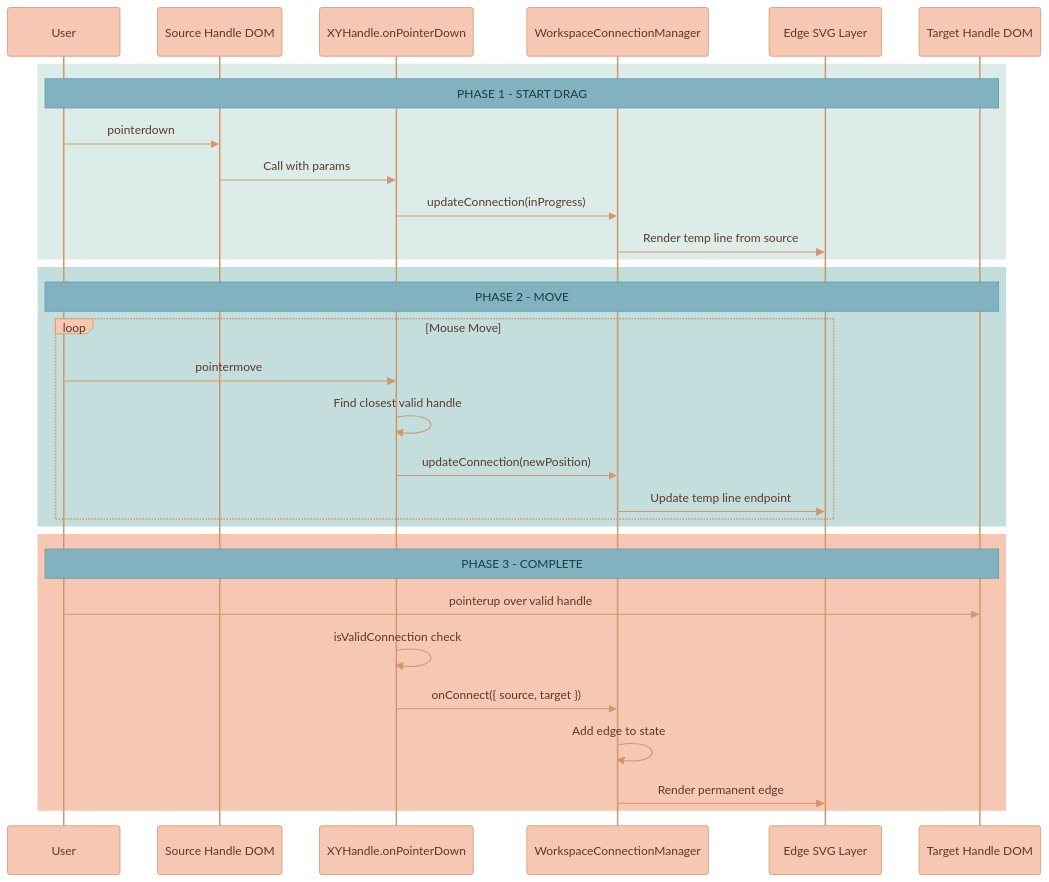
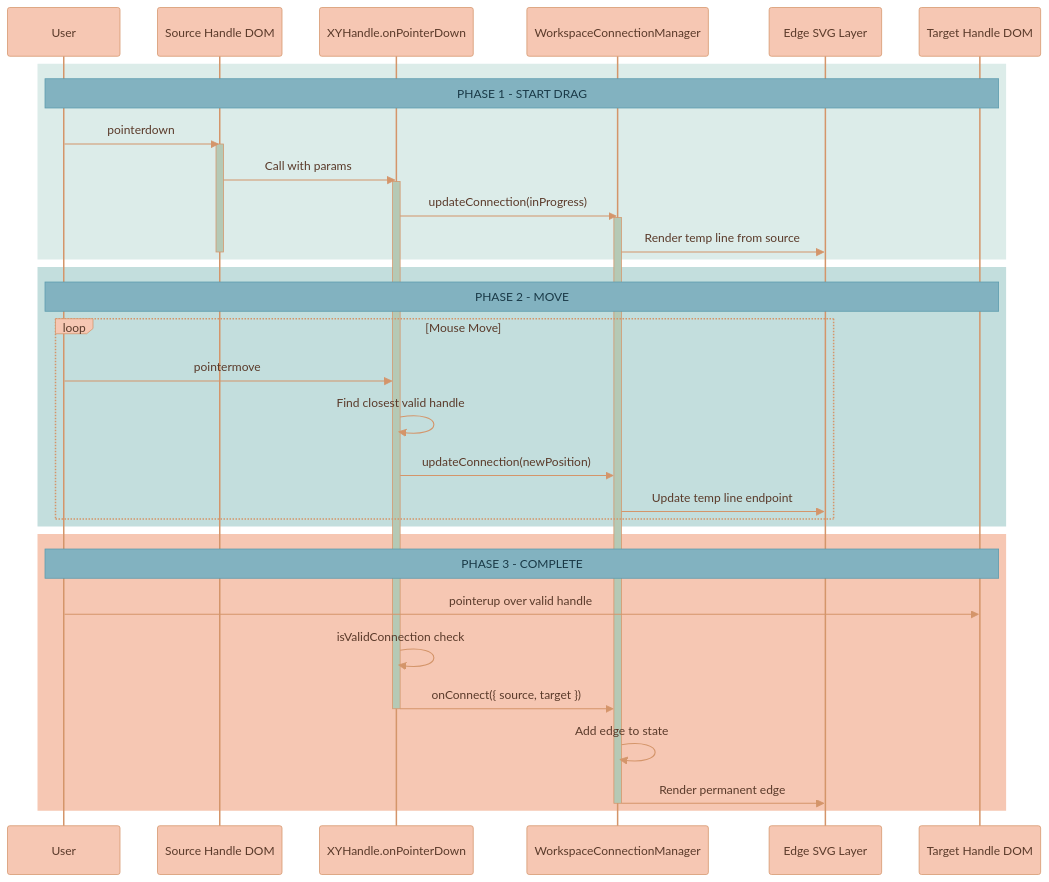
Diagram 12 of 17 in documentation/features/WORKSPACE-FEATURE.md (Lixpi/lixpi), drawn with Mermaid before and after one commit. The commit also changed other lines of this file and 5 other files, not shown here.

````diff
--- a/documentation/features/WORKSPACE-FEATURE.md
+++ b/documentation/features/WORKSPACE-FEATURE.md
@@ -734,45 +772,51 @@
 ```mermaid
-%%{init: {'theme': 'base', 'themeVariables': { 'noteBkgColor': '#82B2C0', 'noteTextColor': '#1a3a47', 'noteBorderColor': '#5a9aad', 'actorBkg': '#F6C7B3', 'actorBorder': '#d4956a', 'actorTextColor': '#5a3a2a', 'actorLineColor': '#d4956a', 'signalColor': '#d4956a', 'signalTextColor': '#5a3a2a', 'labelBoxBkgColor': '#F6C7B3', 'labelBoxBorderColor': '#d4956a', 'labelTextColor': '#5a3a2a', 'loopTextColor': '#5a3a2a', 'activationBorderColor': '#d4956a', 'activationBkgColor': '#C3DEDD', 'sequenceNumberColor': '#5a3a2a'}}}%%
+%%{init: {'theme': 'base', 'themeVariables': { 'noteBkgColor': '#82B2C0', 'noteTextColor': '#1a3a47', 'noteBorderColor': '#5a9aad', 'actorBkg': '#F6C7B3', 'actorBorder': '#d4956a', 'actorTextColor': '#5a3a2a', 'actorLineColor': '#d4956a', 'signalColor': '#d4956a', 'signalTextColor': '#5a3a2a', 'labelBoxBkgColor': '#F6C7B3', 'labelBoxBorderColor': '#d4956a', 'labelTextColor': '#5a3a2a', 'loopTextColor': '#5a3a2a', 'activationBorderColor': '#d4956a', 'activationBkgColor': '#B5C9B5', 'sequenceNumberColor': '#5a3a2a'}}}%%
 sequenceDiagram
     participant User
     participant Handle as Source Handle DOM
     participant XYH as XYHandle.onPointerDown
     participant WCM as WorkspaceConnectionManager
     participant SVG as Edge SVG Layer
     participant Target as Target Handle DOM
     %% ═══════════════════════════════════════════════════════════════
     %% PHASE 1: START DRAG
     %% ═══════════════════════════════════════════════════════════════
     rect rgb(220, 236, 233)
         Note over User, Target: PHASE 1 - START DRAG
         User->>Handle: pointerdown
+        activate Handle
         Handle->>XYH: Call with params
+        activate XYH
         XYH->>WCM: updateConnection(inProgress)
+        activate WCM
         WCM->>SVG: Render temp line from source
+        deactivate Handle
     end
 
     %% ═══════════════════════════════════════════════════════════════
     %% PHASE 2: MOVE
     %% ═══════════════════════════════════════════════════════════════
     rect rgb(195, 222, 221)
         Note over User, Target: PHASE 2 - MOVE
         loop Mouse Move
             User->>XYH: pointermove
             XYH->>XYH: Find closest valid handle
             XYH->>WCM: updateConnection(newPosition)
             WCM->>SVG: Update temp line endpoint
         end
     end
 
     %% ═══════════════════════════════════════════════════════════════
     %% PHASE 3: COMPLETE
     %% ═══════════════════════════════════════════════════════════════
     rect rgb(246, 199, 179)
         Note over User, Target: PHASE 3 - COMPLETE
         User->>Target: pointerup over valid handle
         XYH->>XYH: isValidConnection check
         XYH->>WCM: onConnect({ source, target })
+        deactivate XYH
         WCM->>WCM: Add edge to state
         WCM->>SVG: Render permanent edge
+        deactivate WCM
     end
 ```
````
